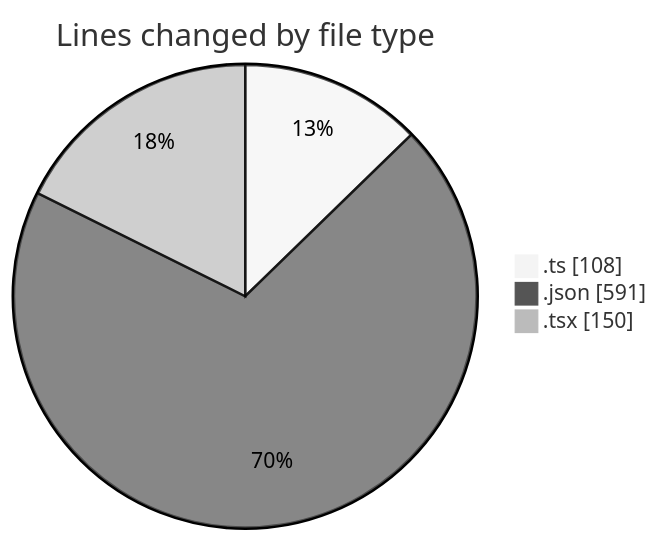
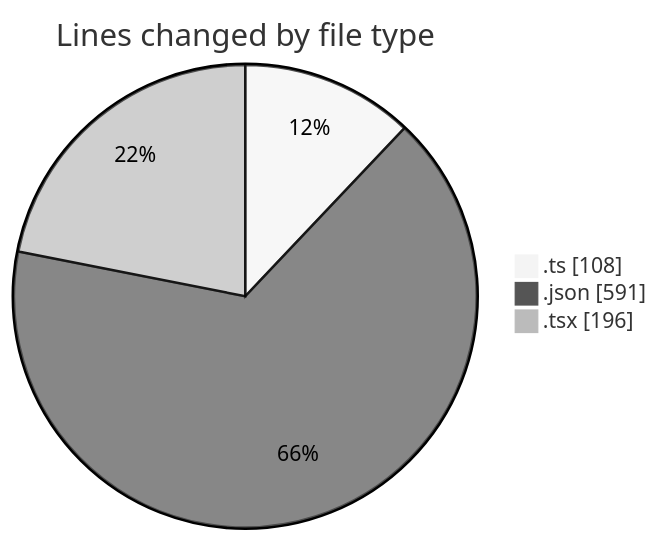
Before and after one commit to EIIisD/code-tracking: the first of 2 diagrams in 2025-07-12/ribbon/README.md, drawn with Mermaid (neutral theme). The commit also changed other lines of this file and 1 other file, not shown here.

````diff
--- a/2025-07-12/ribbon/README.md
+++ b/2025-07-12/ribbon/README.md
@@ -25,7 +25,7 @@
 ```mermaid
 pie showData
 title Lines changed by file type
 ".ts" : 108
 ".json" : 591
-".tsx" : 150
+".tsx" : 196
 ```
````
